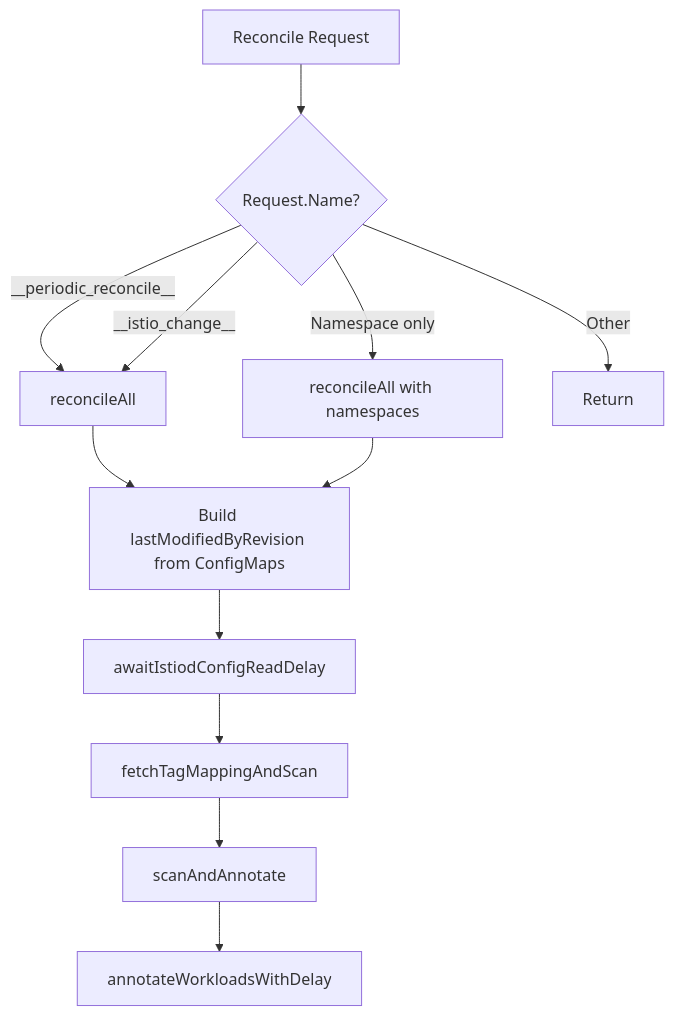
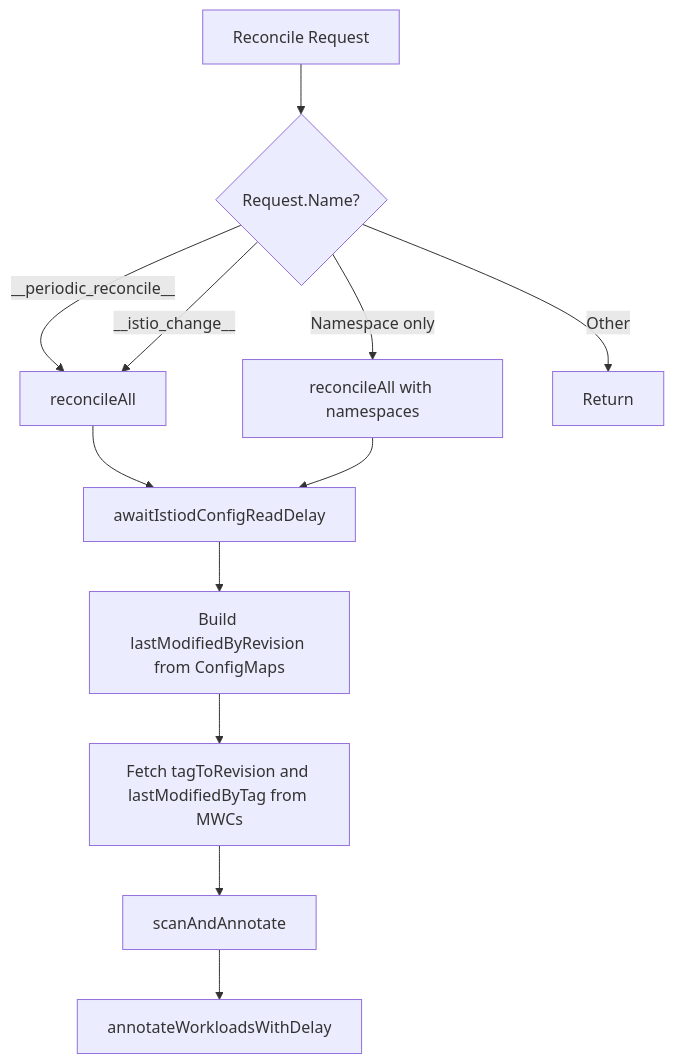
Before and after one commit to istio-ecosystem/fortsa: the second of 3 diagrams in ARCHITECTURE.md, drawn with Mermaid. The commit also changed other lines of this file and 4 other files, not shown here.

````diff
--- a/ARCHITECTURE.md
+++ b/ARCHITECTURE.md
@@ -114,15 +114,15 @@
 ```mermaid
 flowchart TD
     Reconcile[Reconcile Request]
     Reconcile --> CheckName{Request.Name?}
     CheckName -->|"__periodic_reconcile__"| ReconcileAll[reconcileAll]
     CheckName -->|"__istio_change__"| ReconcileAll
     CheckName -->|Namespace only| ReconcileAllNS[reconcileAll with namespaces]
     CheckName -->|Other| Return[Return]
-    ReconcileAll --> BuildRev[Build lastModifiedByRevision from ConfigMaps]
-    ReconcileAllNS --> BuildRev
-    BuildRev --> AwaitDelay[awaitIstiodConfigReadDelay]
-    AwaitDelay --> FetchTag[fetchTagMappingAndScan]
-    FetchTag --> ScanAnnotate[scanAndAnnotate]
+    ReconcileAll --> AwaitDelay[awaitIstiodConfigReadDelay]
+    ReconcileAllNS --> AwaitDelay
+    AwaitDelay --> BuildRev[Build lastModifiedByRevision from ConfigMaps]
+    BuildRev --> FetchMWC[Fetch tagToRevision and lastModifiedByTag from MWCs]
+    FetchMWC --> ScanAnnotate[scanAndAnnotate]
     ScanAnnotate --> AnnotateDelay[annotateWorkloadsWithDelay]
 ```
````
